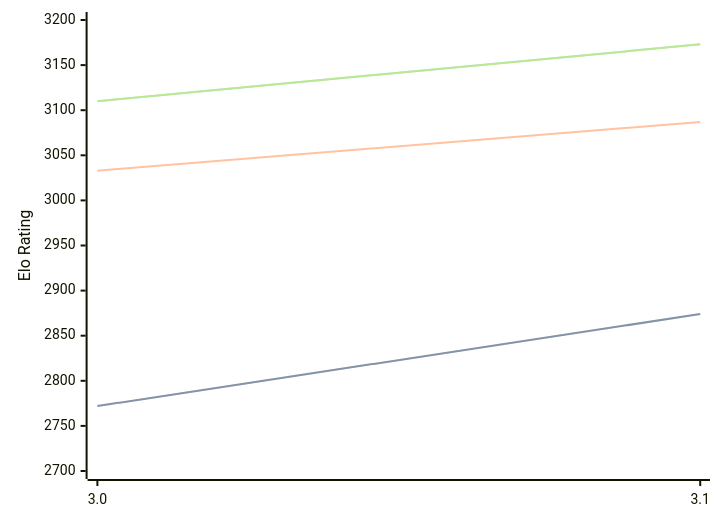
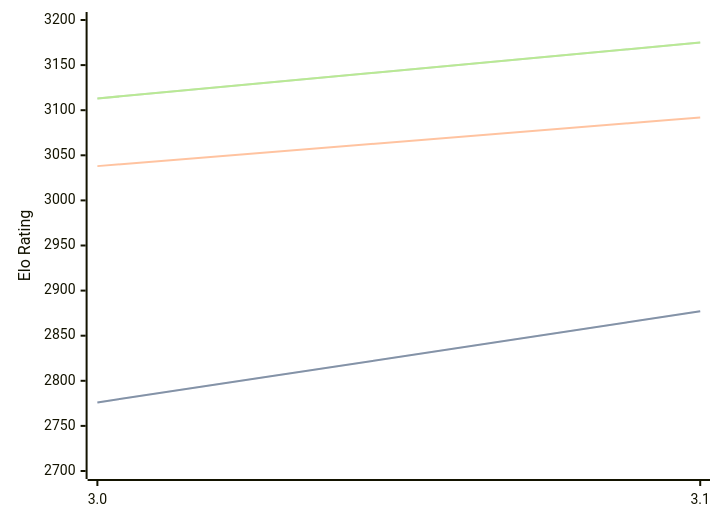
One commit to computer-chess-index/cci changed the diagram in engines/Vajolet2.md. Above: the diagram before and after it, drawn with Mermaid. The commit also changed other lines of this file, not shown here.

Commit message:
Update CCI Ratings (ELO VLTC) - 2026-05-02

````diff
--- a/engines/Vajolet2.md
+++ b/engines/Vajolet2.md
@@ -40,11 +40,11 @@
 ```mermaid
 %%{init: {"theme":"base","themeVariables":{"seriesColors:['#a3a3a3','#222221','#faa371']}}}%%
 xychart-beta
   x-axis ["3.0", "3.1"]
   y-axis "Elo Rating" 2700 --> 3200
-  line "STC (8.0+0.08s)" [2772, 2874]
-  line "STC (8.0+0.08s)" [2772, 2874]
-  line "LTC (60.0+0.60s)" [3033, 3087]
-  line "VLTC (2m24s+1.12s)" [3110, 3173]
-  line "VLTC (2m24s+1.12s)" [3110, 3173]
+  line "STC (8.0+0.08s)" [2776, 2877]
+  line "STC (8.0+0.08s)" [2776, 2877]
+  line "LTC (60.0+0.60s)" [3038, 3092]
+  line "VLTC (2m24s+1.12s)" [3113, 3175]
+  line "VLTC (2m24s+1.12s)" [3113, 3175]
 ```
````
